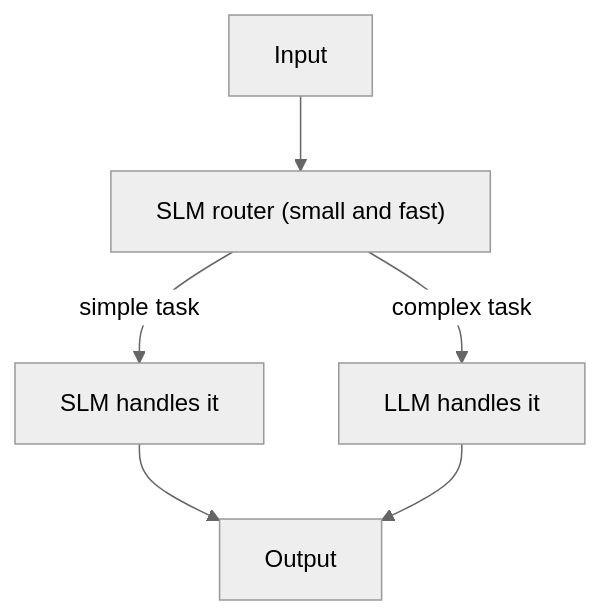
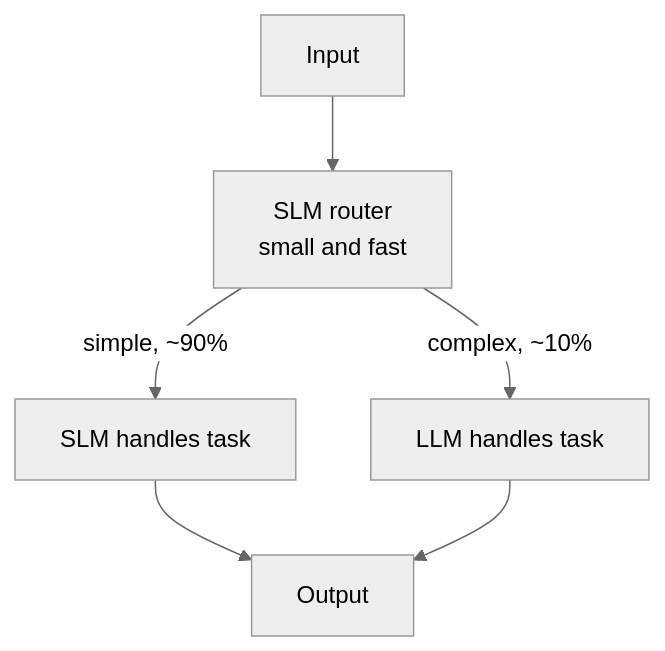
Before and after one commit to kaisarnajar/outcome-school-blogs: the first of 2 diagrams in notes/step-06-types-of-language-models/077-small-language-models-slms.md, drawn with Mermaid (neutral theme). The commit also changed other lines of this file and 233 other files, not shown here.

````diff
--- a/notes/step-06-types-of-language-models/077-small-language-models-slms.md
+++ b/notes/step-06-types-of-language-models/077-small-language-models-slms.md
@@ -45,8 +79,8 @@
 ```mermaid
 flowchart TD
-    A["Input"] --> B["SLM router (small and fast)"]
-    B -->|"simple task"| C["SLM handles it"]
-    B -->|"complex task"| D["LLM handles it"]
-    C --> E["Output"]
-    D --> E
+A1["Input"] --> B1["SLM router<br/>small and fast"]
+B1 -->|"simple, ~90%"| C1["SLM handles task"]
+B1 -->|"complex, ~10%"| D1["LLM handles task"]
+C1 --> E1["Output"]
+D1 --> E1
 ```
````
